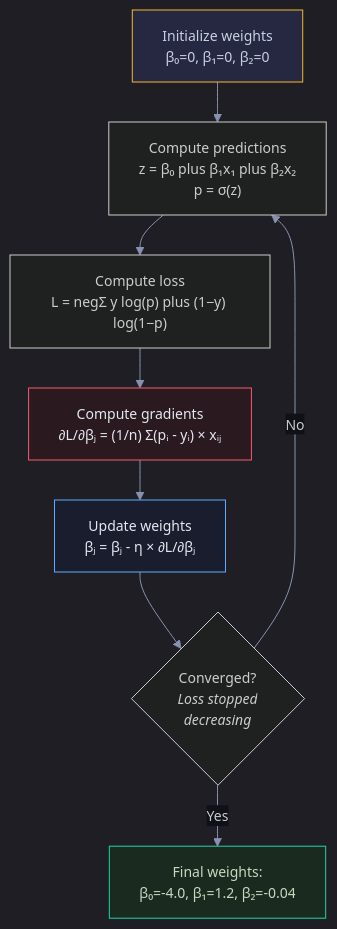
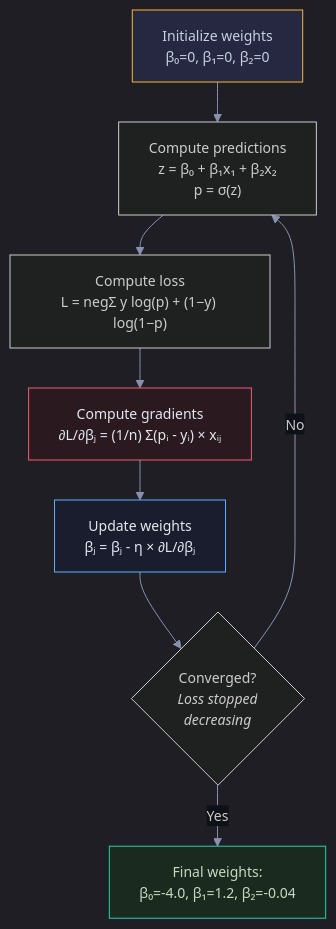
One commit to snehith1234/StudyCircle changed the fourth of 9 diagrams in Documents/Visual_Guides/ML_Concepts/Logistic_Regression_Visual.md. Above: the diagram before and after it, drawn with Mermaid. The commit also changed other lines of this file and 10 other files, not shown here.

First line of the commit message:
Fix Mermaid formatting and add RNN/LSTM guides

````diff
--- a/Documents/Visual_Guides/ML_Concepts/Logistic_Regression_Visual.md
+++ b/Documents/Visual_Guides/ML_Concepts/Logistic_Regression_Visual.md
@@ -146,16 +146,16 @@
 ```mermaid
 %%{init: {'theme': 'dark', 'themeVariables': {'darkMode': true, 'background': '#0e1117', 'primaryColor': '#1a1d2e', 'primaryTextColor': '#e2e8f0', 'primaryBorderColor': '#2d3148', 'lineColor': '#8892b0', 'secondaryColor': '#252840', 'tertiaryColor': '#1a1d2e', 'fontSize': '14px', 'edgeLabelBackground': '#0e1117'}, 'flowchart': {'nodeSpacing': 30, 'rankSpacing': 40, 'padding': 15, 'htmlLabels': true}}}%%
 graph TD
-    INIT["Initialize weights<br/>β₀=0, β₁=0, β₂=0"] --> PREDICT["Compute predictions<br/>z = β₀ plus β₁x₁ plus β₂x₂<br/>p = σ(z)"]
-    PREDICT --> LOSS["Compute loss<br/>L = negΣ y log(p) plus (1−y) log(1−p)"]
+    INIT["Initialize weights<br/>β₀=0, β₁=0, β₂=0"] --> PREDICT["Compute predictions<br/>z = β₀ + β₁x₁ + β₂x₂<br/>p = σ(z)"]
+    PREDICT --> LOSS["Compute loss<br/>L = negΣ y log(p) + (1−y) log(1−p)"]
     LOSS --> GRAD["Compute gradients<br/>∂L/∂βⱼ = (1/n) Σ(pᵢ - yᵢ) × xᵢⱼ"]
     GRAD --> UPDATE["Update weights<br/>βⱼ = βⱼ - η × ∂L/∂βⱼ"]
     UPDATE --> CHECK{"Converged?<br/><i>Loss stopped<br/>decreasing</i>"}
     CHECK -->|"No"| PREDICT
     CHECK -->|"Yes"| DONE["Final weights:<br/>β₀=-4.0, β₁=1.2, β₂=-0.04"]
 
     style INIT fill:#252840,stroke:#f5b731,color:#c8cfe0
     style GRAD fill:#2a1a1f,stroke:#f45d6d,color:#e2e8f0
     style UPDATE fill:#1a1d2e,stroke:#5eaeff,color:#e2e8f0
     style DONE fill:#1a2a1f,stroke:#22d3a7,color:#c8d8c0
 ```
````
